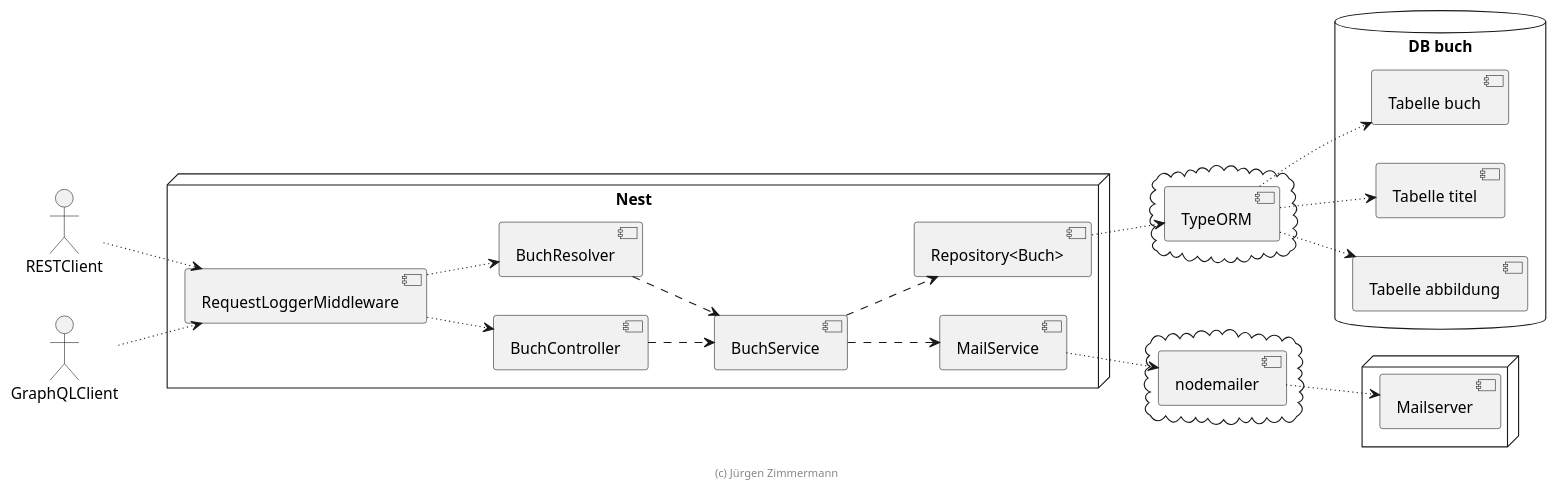
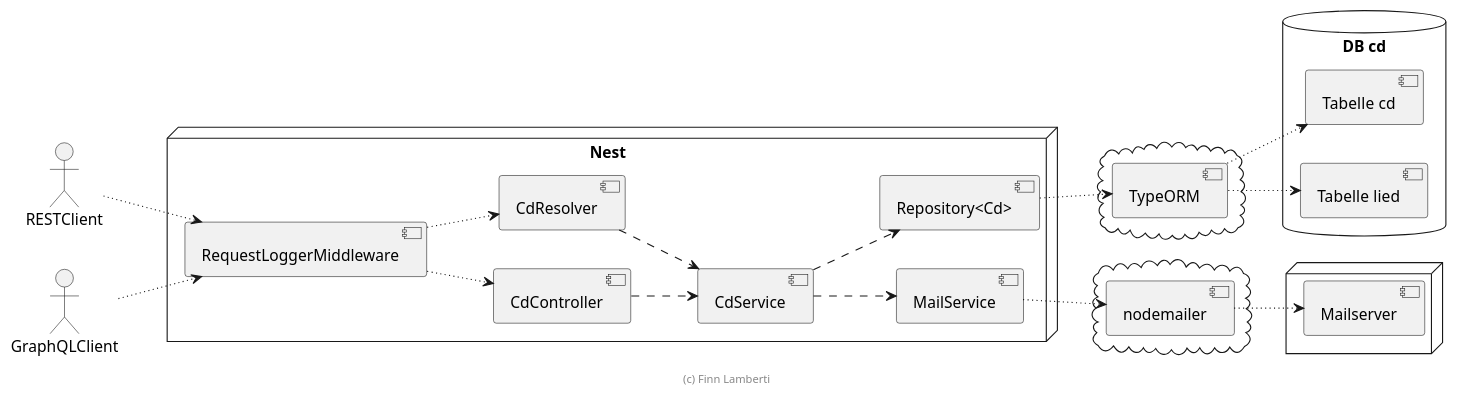
One commit to lafi1011/cd changed the diagram in .extras/doc/projekthandbuch/komponenten.plantuml. Above: the diagram before and after it, drawn with PlantUML. The commit also changed 27 other files, not shown here.

```diff
--- a/.extras/doc/projekthandbuch/komponenten.plantuml
+++ b/.extras/doc/projekthandbuch/komponenten.plantuml
@@ -18,61 +18,59 @@
 @startuml Komponenten
 
 left to right direction
 
 actor RESTClient
 actor GraphQLClient
 
 node "Nest" {
   [RequestLoggerMiddleware]
 
-  [BuchController]
-  [BuchResolver]
+  [CdController]
+  [CdResolver]
 
-  [BuchService]
+  [CdService]
 
-  [Repository<Buch>]
+  [Repository<Cd>]
 
   [MailService]
 }
 
 
 cloud {
     [TypeORM]
 }
 
 cloud {
     [nodemailer]
 }
 
-database "DB buch" {
-    [Tabelle buch]
-    [Tabelle titel]
-    [Tabelle abbildung]
+database "DB cd" {
+    [Tabelle cd]
+    [Tabelle lied]
 }
 
 node {
     [Mailserver]
 }
 
 RESTClient ~~> [RequestLoggerMiddleware]
 GraphQLClient ~~> [RequestLoggerMiddleware]
 
-[RequestLoggerMiddleware] ~~> [BuchController]
-[RequestLoggerMiddleware] ~~> [BuchResolver]
+[RequestLoggerMiddleware] ~~> [CdController]
+[RequestLoggerMiddleware] ~~> [CdResolver]
 
-[BuchController] ..> [BuchService]
-[BuchResolver] ..> [BuchService]
-[BuchService] ..> [Repository<Buch>]
+[CdController] ..> [CdService]
+[CdResolver] ..> [CdService]
+[CdService] ..> [Repository<Cd>]
 
-[Repository<Buch>] ~~> [TypeORM]
-[TypeORM] ~~> [Tabelle buch]
-[TypeORM] ~~> [Tabelle titel]
-[TypeORM] ~~> [Tabelle abbildung]
+[Repository<Cd>] ~~> [TypeORM]
+[TypeORM] ~~> [Tabelle cd]
+[TypeORM] ~~> [Tabelle lied]
 
-[BuchService] ..> [MailService]
+[CdService] ..> [MailService]
 [MailService] ~~> [nodemailer]
 [nodemailer] ~~> [Mailserver]
 
-footer (c) Jürgen Zimmermann
+footer (c) Finn Lamberti
 
 @enduml
```
